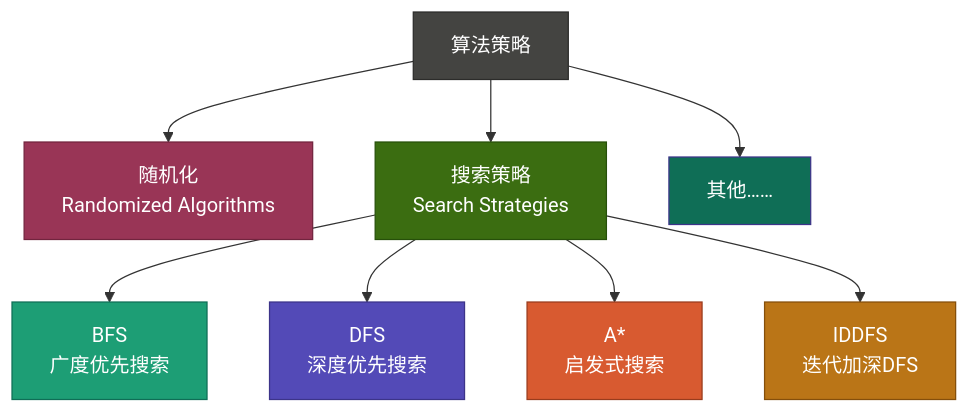
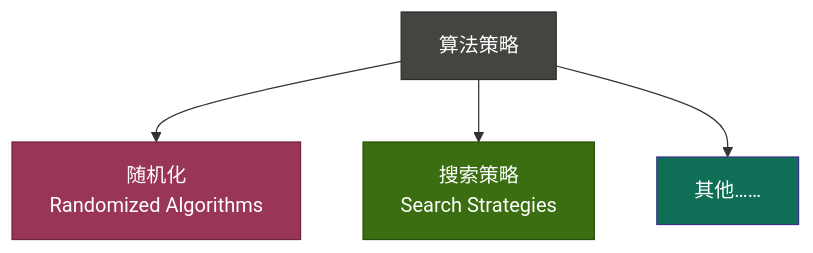
Before and after one commit to microwind/algorithms: the ninth of 18 diagrams in start-here/AI-Era-Programmers-Need-Algorithmic-Thinking.md, drawn with Mermaid. The commit also changed other lines of this file, not shown here.

````diff
--- a/start-here/AI-Era-Programmers-Need-Algorithmic-Thinking.md
+++ b/start-here/AI-Era-Programmers-Need-Algorithmic-Thinking.md
@@ -268,19 +246,11 @@
 ```mermaid
 graph TD
     A["算法策略"] --> C1["随机化\nRandomized Algorithms"]
     A --> C2["搜索策略\nSearch Strategies"]
-    C2 --> C21["BFS\n广度优先搜索"]
-    C2 --> C22["DFS\n深度优先搜索"]
-    C2 --> C23["A*\n启发式搜索"]
-    C2 --> C24["IDDFS\n迭代加深DFS"]
     A["算法策略"] --> D1["其他……"]
 
     style A fill:#444441,stroke:#2C2C2A,color:#ffffff
     style C1 fill:#993556,stroke:#72243E,color:#ffffff
     style C2 fill:#3B6D11,stroke:#27500A,color:#ffffff
-    style C21 fill:#1D9E75,stroke:#0F6E56,color:#ffffff
-    style C22 fill:#534AB7,stroke:#3C3489,color:#ffffff
-    style C23 fill:#D85A30,stroke:#993C1D,color:#ffffff
-    style C24 fill:#BA7517,stroke:#854F0B,color:#ffffff
     style D1 fill:#0F6E56,stroke:#3C3489,color:#ffffff
 ```
````
